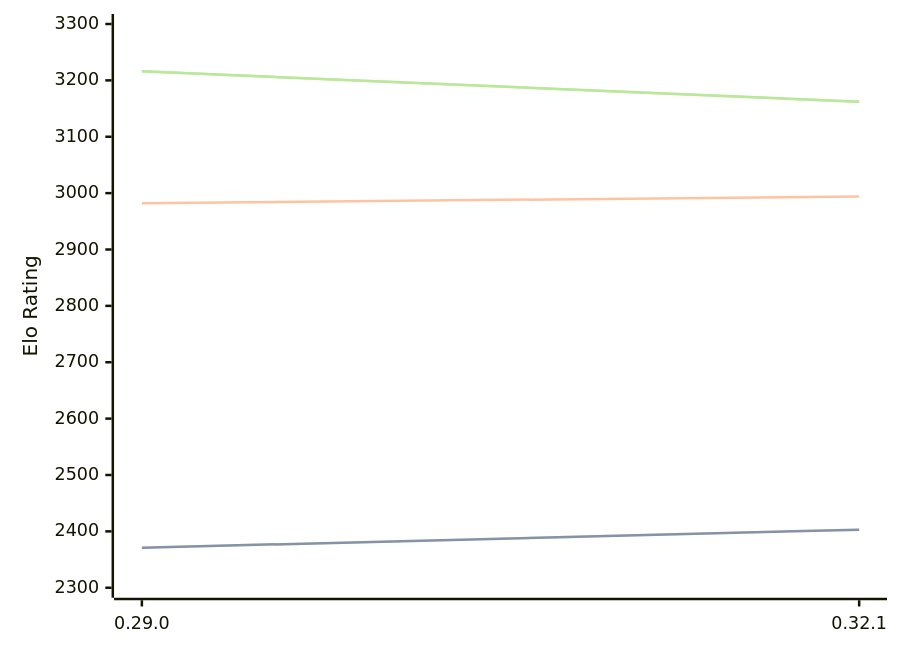
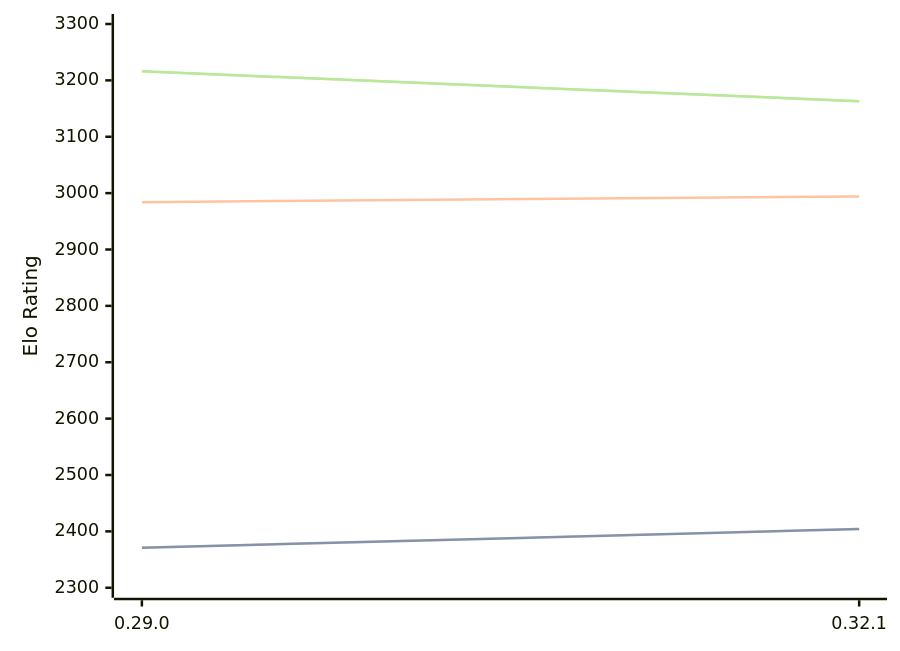
One commit to computer-chess-index/cci changed the third of 3 diagrams in engines/Lc0.md. Above: the diagram before and after it, drawn with Mermaid. The commit also changed other lines of this file, not shown here.

Commit message:
Update CCI Ratings (ELO VLTC) - 2026-06-24

````diff
--- a/engines/Lc0.md
+++ b/engines/Lc0.md
@@ -101,11 +101,11 @@
 ```mermaid
 %%{init: {"theme":"base","themeVariables":{"seriesColors:['#a3a3a3','#222221','#faa371']}}}%%
 xychart-beta
   x-axis ["0.29.0", "0.32.1"]
   y-axis "Elo Rating" 2300 --> 3300
-  line "STC (8.0+0.08s)" [2371, 2403]
-  line "STC (8.0+0.08s)" [2371, 2403]
-  line "LTC (60.0+0.60s)" [2982, 2994]
-  line "VLTC (2m24s+1.12s)" [3216, 3162]
-  line "VLTC (2m24s+1.12s)" [3216, 3162]
+  line "STC (8.0+0.08s)" [2371, 2404]
+  line "STC (8.0+0.08s)" [2371, 2404]
+  line "LTC (60.0+0.60s)" [2984, 2994]
+  line "VLTC (2m24s+1.12s)" [3216, 3163]
+  line "VLTC (2m24s+1.12s)" [3216, 3163]
 ```
````
